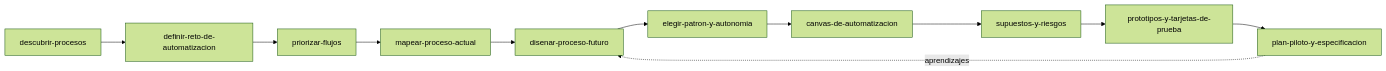
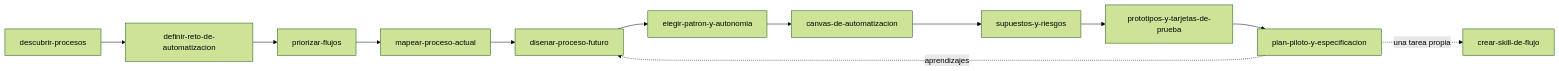
One commit to DistilledInnovation/ai-plugin changed the diagram in plugins/automatizacion-con-ia/README.md. Above: the diagram before and after it, drawn with Mermaid (forest theme). The commit also changed other lines of this file and 60 other files, not shown here.

First line of the commit message:
feat(automatizacion-con-ia): supuestos-y-riesgos, prototipos-y-tarjetas-de-prueba, plan-piloto-y-especificacion y crear-skill-de-flujo

````diff
--- a/plugins/automatizacion-con-ia/README.md
+++ b/plugins/automatizacion-con-ia/README.md
@@ -11,8 +11,9 @@
 ```mermaid
 flowchart LR
   A1[descubrir-procesos] --> A2[definir-reto-de-automatizacion] --> A3[priorizar-flujos]
   A3 --> B1[mapear-proceso-actual] --> B2[disenar-proceso-futuro] --> B3[elegir-patron-y-autonomia]
   B3 --> B4[canvas-de-automatizacion]
   B4 --> B5[supuestos-y-riesgos] --> B6[prototipos-y-tarjetas-de-prueba] --> B7[plan-piloto-y-especificacion]
   B7 -.aprendizajes.-> B2
+  B7 -.una tarea propia.-> X1[crear-skill-de-flujo]
 ```
````
